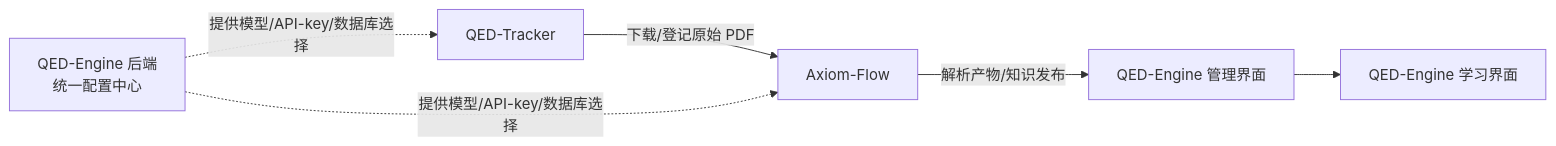
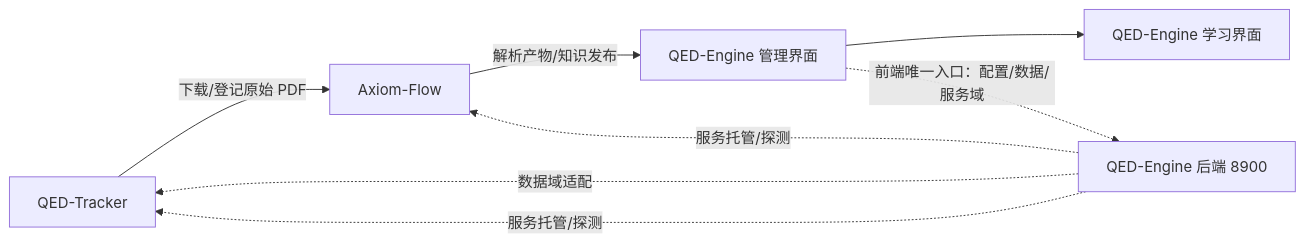
One commit to swfswf1234/QED-Engine changed the diagram in README.md. Above: the diagram before and after it, drawn with Mermaid. The commit also changed other lines of this file and 10 other files, not shown here.

````diff
--- a/README.md
+++ b/README.md
@@ -11,8 +11,10 @@
 ```mermaid
 flowchart LR
     A[QED-Tracker] -->|下载/登记原始 PDF| B[Axiom-Flow]
     B -->|解析产物/知识发布| C[QED-Engine 管理界面]
     C --> D[QED-Engine 学习界面]
-    E[QED-Engine 后端<br/>统一配置中心] -.提供模型/API-key/数据库选择.-> A
-    E -.提供模型/API-key/数据库选择.-> B
+    C -. 前端唯一入口：配置/数据/服务域.-> E[QED-Engine 后端 8900]
+    E -.数据域适配.-> A
+    E -.服务托管/探测.-> A
+    E -.服务托管/探测.-> B
 ```
````
